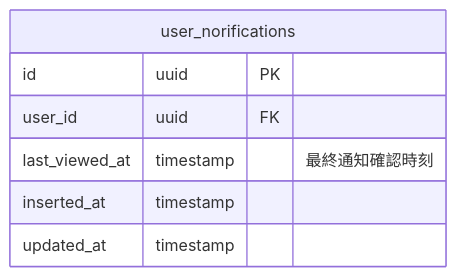
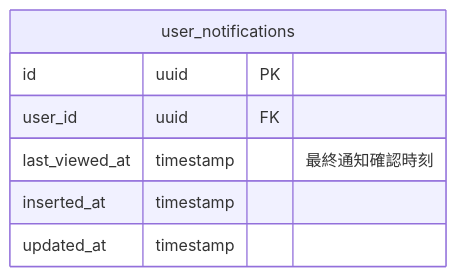
One commit to bright-org/bright changed the third of 7 diagrams in docs/conceptual_schemas/notifications.md. Above: the diagram before and after it, drawn with Mermaid. The commit also changed other lines of this file, not shown here.

````diff
--- a/docs/conceptual_schemas/notifications.md
+++ b/docs/conceptual_schemas/notifications.md
@@ -104,10 +104,10 @@
 ```mermaid
 erDiagram
-  user_norifications {
+  user_notifications {
     id uuid PK
     user_id uuid FK
     last_viewed_at timestamp "最終通知確認時刻"
     inserted_at timestamp
     updated_at timestamp
   }
 ```
````
